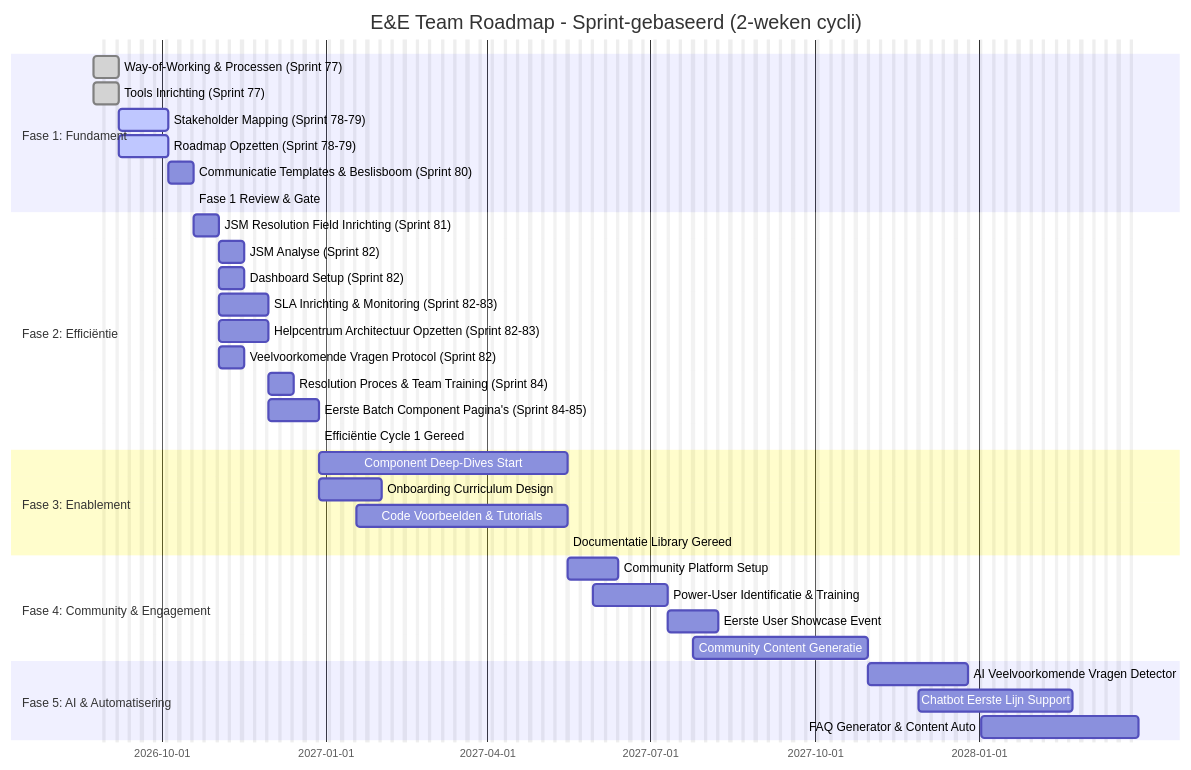
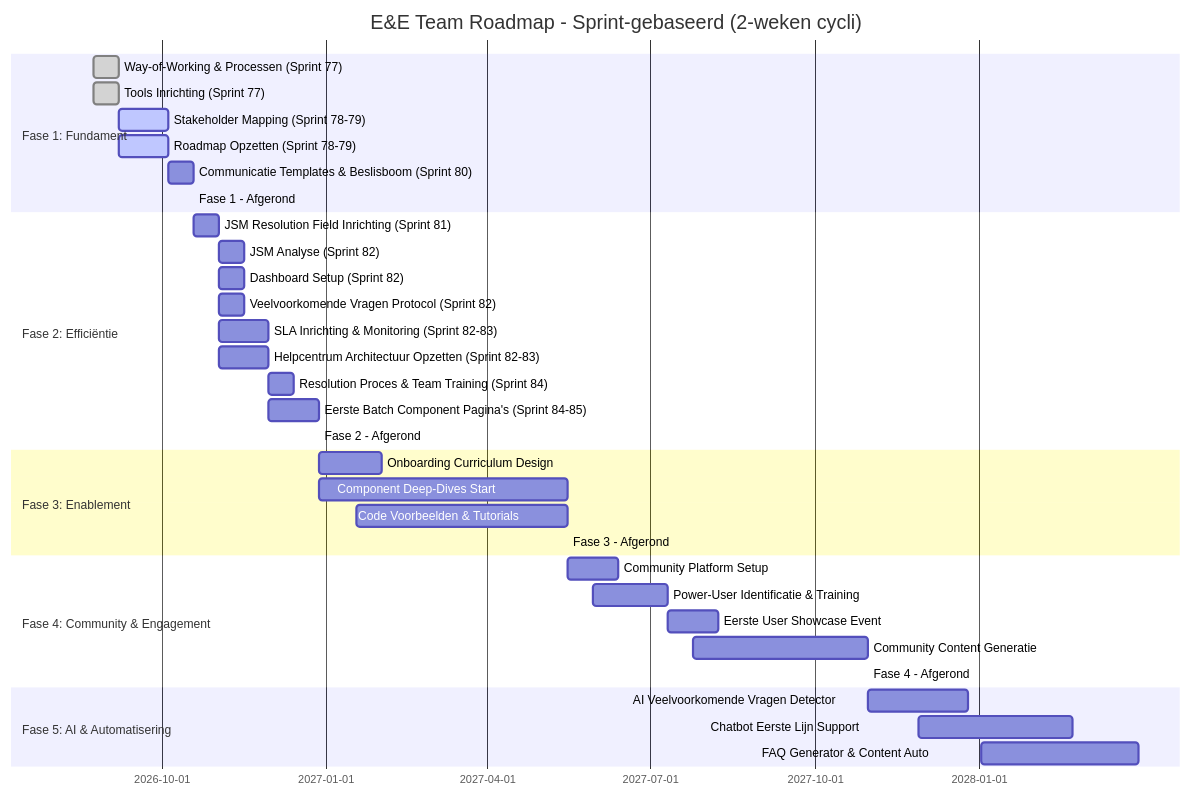
One commit to hbosscha-personal/enablement-engagement-roadmap changed the first of 6 diagrams in ROADMAP.md. Above: the diagram before and after it, drawn with Mermaid. The commit also changed other lines of this file, not shown here.

First line of the commit message:
Revise E&E Team Roadmap for clarity and updates

````diff
--- a/ROADMAP.md
+++ b/ROADMAP.md
@@ -13,42 +13,43 @@
 ```mermaid
 gantt
-    title E&E Team Roadmap - Sprint-gebaseerd (2-weken cycli)
-    dateFormat YYYY-MM-DD
-    excludes    weekends
-    
-    section Fase 1: Fundament
-    Way-of-Working & Processen (Sprint 77)    :done,      p1_wow,    2026-08-24, 2026-09-07
-    Tools Inrichting (Sprint 77)               :done,      p1_tools,  2026-08-24, 2026-09-07
-    Stakeholder Mapping (Sprint 78-79)            :active,    p1_stake,  2026-09-07, 2026-10-05
-    Roadmap Opzetten (Sprint 78-79)               :active,    p1_road,   2026-09-07, 2026-10-05
-    Communicatie Templates & Beslisboom (Sprint 80)    :p1_comm,   2026-10-05, 2026-10-19
-    Fase 1 Review & Gate                       :crit,      p1_gate,   2026-10-19, 2026-10-19
-    
-    section Fase 2: Efficiëntie
-    JSM Resolution Field Inrichting (Sprint 81)   :p2_resolution, 2026-10-19, 2026-11-02
-    JSM Analyse (Sprint 82)                       :p2_ana,    2026-11-02, 2026-11-16
-    Dashboard Setup (Sprint 82)                   :p2_dash,   2026-11-02, 2026-11-16
-    SLA Inrichting & Monitoring (Sprint 82-83)    :p2_sla,    2026-11-02, 2026-11-30
-    Helpcentrum Architectuur Opzetten (Sprint 82-83)    :p2_hc,     2026-11-02, 2026-11-30
-    Veelvoorkomende Vragen Protocol (Sprint 82)   :p2_protocol, 2026-11-02, 2026-11-16
-    Resolution Proces & Team Training (Sprint 84)    :p2_training, 2026-11-30, 2026-12-14
-    Eerste Batch Component Pagina's (Sprint 84-85)    :p2_components, 2026-11-30, 2026-12-28
-    Efficiëntie Cycle 1 Gereed                  :crit,      p2_gate,   2026-12-28, 2026-12-28
-    
-    section Fase 3: Enablement
-    Component Deep-Dives Start                 :p3_components, 2026-12-28, 2027-05-16
-    Onboarding Curriculum Design               :p3_onboard, 2026-12-28, 2027-02-01
-    Code Voorbeelden & Tutorials               :p3_code,   2027-01-18, 2027-05-16
-    Documentatie Library Gereed                :crit,      p3_gate,   2027-05-16, 2027-05-16
-    
-    section Fase 4: Community & Engagement
-    Community Platform Setup                   :p4_comm,   2027-05-16, 2027-06-13
-    Power-User Identificatie & Training        :p4_power, 2027-05-30, 2027-07-11
-    Eerste User Showcase Event                 :p4_event,  2027-07-11, 2027-08-08
-    Community Content Generatie                :p4_content, 2027-07-25, 2027-10-31
-    
-    section Fase 5: AI & Automatisering
-    AI Veelvoorkomende Vragen Detector         :p5_ai,     2027-10-31, 2027-12-26
-    Chatbot Eerste Lijn Support                :p5_chatbot, 2027-11-28, 2028-02-22
-    FAQ Generator & Content Auto               :p5_faq,    2028-01-02, 2028-03-30
+    title E&E Team Roadmap - Sprint-gebaseerd (2-weken cycli)
+    dateFormat YYYY-MM-DD
+    todayMarker stroke-width:3px,stroke:#0f0,opacity:0.5
+    
+    section Fase 1: Fundament
+    Way-of-Working & Processen (Sprint 77)    :done,      p1_wow,    2026-08-24, 2026-09-07
+    Tools Inrichting (Sprint 77)               :done,      p1_tools,  2026-08-24, 2026-09-07
+    Stakeholder Mapping (Sprint 78-79)            :active,    p1_stake,  2026-09-07, 2026-10-05
+    Roadmap Opzetten (Sprint 78-79)               :active,    p1_road,   2026-09-07, 2026-10-05
+    Communicatie Templates & Beslisboom (Sprint 80)    :p1_comm,   2026-10-05, 2026-10-19
+    Fase 1 - Afgerond                       :crit,      p1_gate,   2026-10-19, 2026-10-19
+    
+    section Fase 2: Efficiëntie
+    JSM Resolution Field Inrichting (Sprint 81)   :p2_resolution, 2026-10-19, 2026-11-02
+    JSM Analyse (Sprint 82)                       :p2_ana,    2026-11-02, 2026-11-16
+    Dashboard Setup (Sprint 82)                   :p2_dash,   2026-11-02, 2026-11-16
+    Veelvoorkomende Vragen Protocol (Sprint 82)   :p2_protocol, 2026-11-02, 2026-11-16
+    SLA Inrichting & Monitoring (Sprint 82-83)    :p2_sla,    2026-11-02, 2026-11-30
+    Helpcentrum Architectuur Opzetten (Sprint 82-83)    :p2_hc,     2026-11-02, 2026-11-30
+    Resolution Proces & Team Training (Sprint 84)    :p2_training, 2026-11-30, 2026-12-14
+    Eerste Batch Component Pagina's (Sprint 84-85)    :p2_components, 2026-11-30, 2026-12-28
+    Fase 2 - Afgerond                           :crit,      p2_gate,   2026-12-28, 2026-12-28
+    
+    section Fase 3: Enablement
+    Onboarding Curriculum Design               :p3_onboard, 2026-12-28, 2027-02-01
+    Component Deep-Dives Start                 :p3_components, 2026-12-28, 2027-05-16
+    Code Voorbeelden & Tutorials               :p3_code,   2027-01-18, 2027-05-16
+    Fase 3 - Afgerond                          :crit,      p3_gate,   2027-05-16, 2027-05-16
+    
+    section Fase 4: Community & Engagement
+    Community Platform Setup                   :p4_comm,   2027-05-16, 2027-06-13
+    Power-User Identificatie & Training        :p4_power, 2027-05-30, 2027-07-11
+    Eerste User Showcase Event                 :p4_event,  2027-07-11, 2027-08-08
+    Community Content Generatie                :p4_content, 2027-07-25, 2027-10-31
+    Fase 4 - Afgerond                          :crit, 2027-10-31, 2027-10-31
+    
+    section Fase 5: AI & Automatisering
+    AI Veelvoorkomende Vragen Detector         :p5_ai,     2027-10-31, 2027-12-26
+    Chatbot Eerste Lijn Support                :p5_chatbot, 2027-11-28, 2028-02-22
+    FAQ Generator & Content Auto               :p5_faq,    2028-01-02, 2028-03-30
 ```
````
